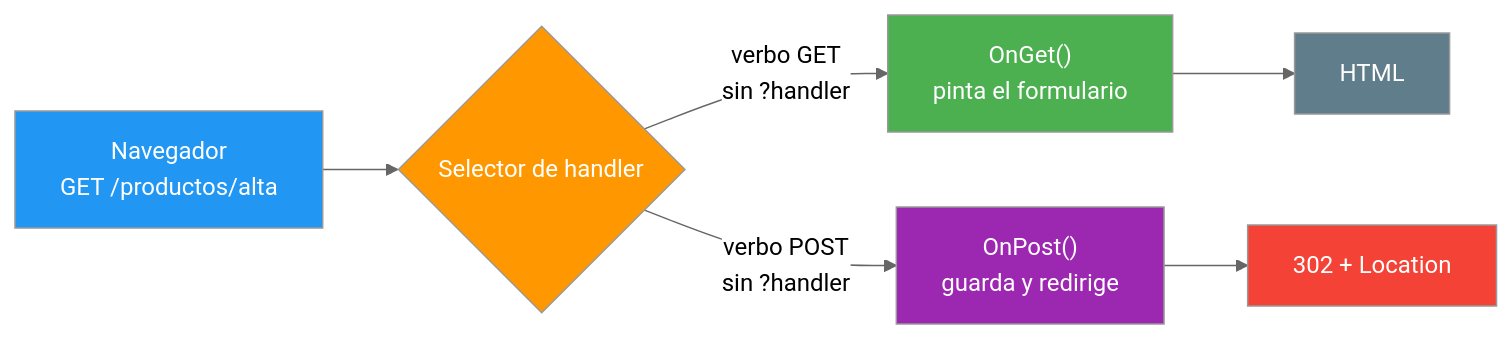
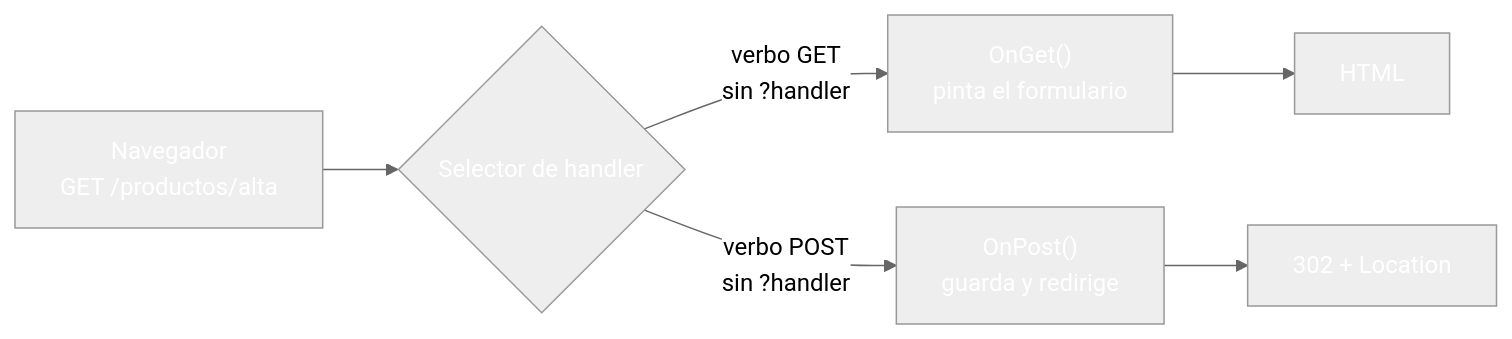
Before and after one commit to joseluisgs/DesarrolloWebEntornosServidor-03-2026-2027: the first of 4 diagrams in 11-razorpages-pagemodel-handlers.md, drawn with Mermaid (neutral theme). The commit also changed other lines of this file and 30 other files, not shown here.

````diff
--- a/11-razorpages-pagemodel-handlers.md
+++ b/11-razorpages-pagemodel-handlers.md
@@ -99,14 +99,14 @@
 ```mermaid
 graph LR
     A["Navegador<br/>GET /productos/alta"] --> B{"Selector de handler"}
     B -->|"verbo GET<br/>sin ?handler"| C["OnGet()<br/>pinta el formulario"]
     B -->|"verbo POST<br/>sin ?handler"| D["OnPost()<br/>guarda y redirige"]
     C --> E["HTML"]
     D --> F["302 + Location"]
-    style A fill:#2196F3,color:#fff
-    style B fill:#FF9800,color:#fff
-    style C fill:#4CAF50,color:#fff
-    style D fill:#9C27B0,color:#fff
-    style E fill:#607D8B,color:#fff
-    style F fill:#f44336,color:#fff
+    style A fill:#2196F,color:#fff3,color:#fff
+    style B fill:#FF980,color:#fff0,color:#fff
+    style C fill:#4CAF5,color:#fff0,color:#fff
+    style D fill:#9C27B,color:#fff0,color:#fff
+    style E fill:#607D8,color:#fffB,color:#fff
+    style F fill:#f4433,color:#fff6,color:#fff
 ```
````
